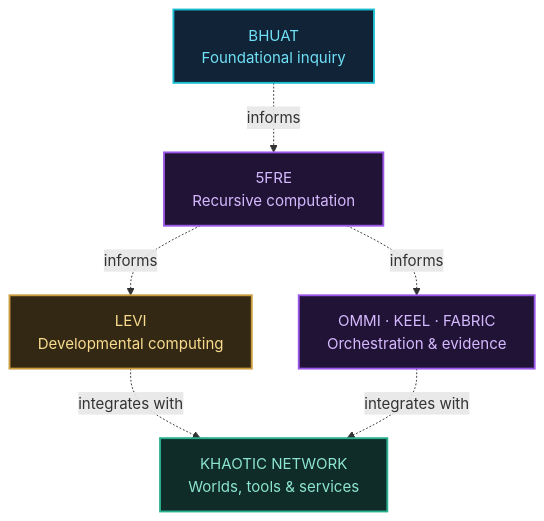
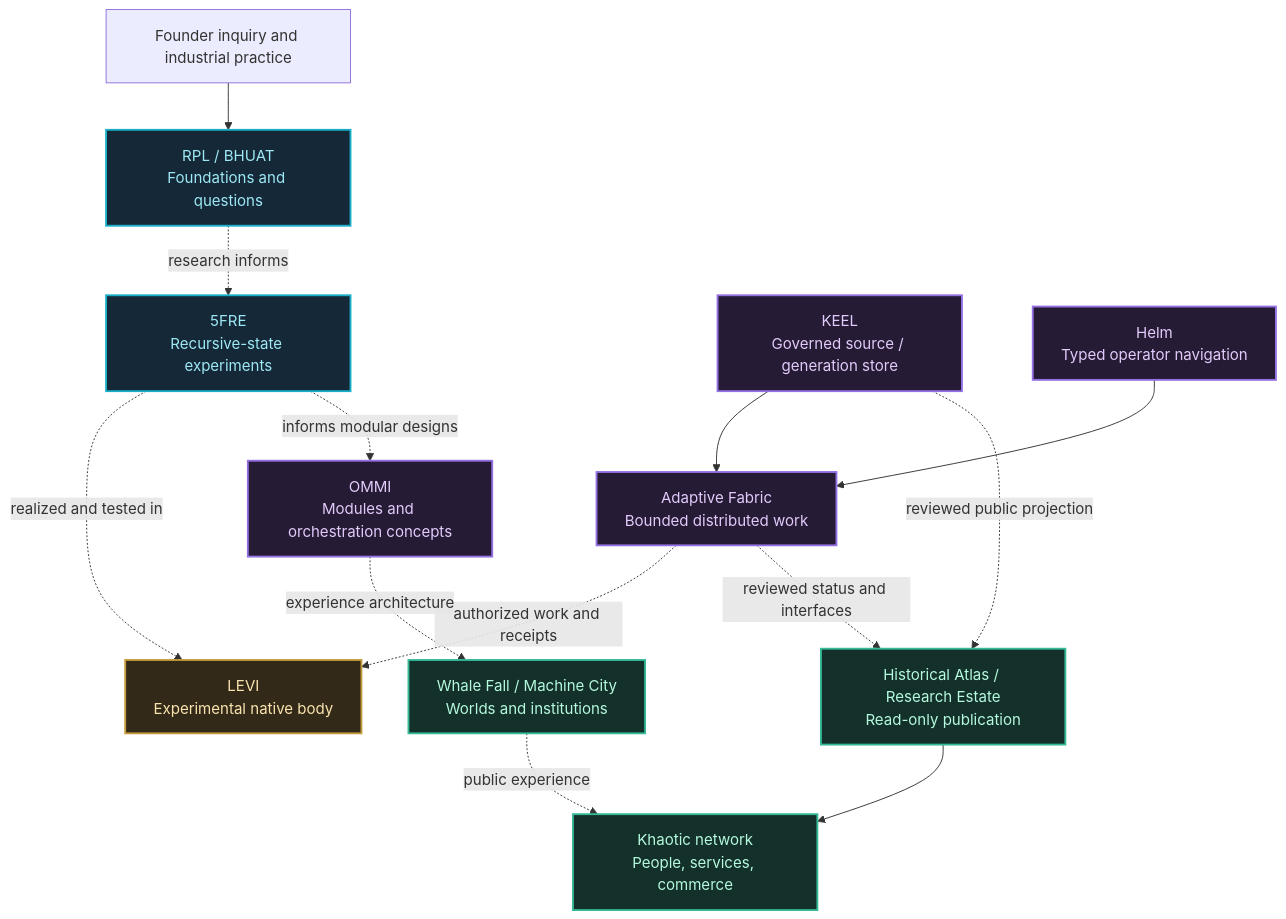
The diagram in README.md (K-haotic/K-haotic), drawn with Mermaid before and after one commit. The commit also changed other lines of this file and 4 other files, not shown here.

First line of the commit message:
feat(profile): build evidence-led Khaotic public research front door

```diff
--- a/README.md
+++ b/README.md
@@ -94,16 +43,23 @@
 ~~~mermaid
-flowchart TB
-  A["BHUAT<br/>Foundational inquiry"] -. informs .-> B["5FRE<br/>Recursive computation"]
-  B -. informs .-> C["LEVI<br/>Developmental computing"]
-  B -. informs .-> D["OMMI · KEEL · FABRIC<br/>Orchestration & evidence"]
-  C -. integrates with .-> E["KHAOTIC NETWORK<br/>Worlds, tools & services"]
-  D -. integrates with .-> E
-  classDef foundation fill:#102337,color:#70E0F6,stroke:#19BCD0,stroke-width:2px;
-  classDef engine fill:#211335,color:#D5B9FF,stroke:#9956E8,stroke-width:2px;
-  classDef body fill:#332814,color:#F9DC8E,stroke:#C99B3D,stroke-width:2px;
-  classDef network fill:#102C28,color:#8CE5CE,stroke:#2AAF8E,stroke-width:2px;
-  class A foundation;
-  class B,D engine;
-  class C body;
-  class E network;
+flowchart TD
+    F["Founder inquiry and industrial practice"] --> R["RPL / BHUAT<br/>Foundations and questions"]
+    R -. "research informs" .-> M["5FRE<br/>Recursive-state experiments"]
+    M -. "realized and tested in" .-> L["LEVI<br/>Experimental native body"]
+    M -. "informs modular designs" .-> O["OMMI<br/>Modules and orchestration concepts"]
+    K["KEEL<br/>Governed source / generation store"] --> A["Adaptive Fabric<br/>Bounded distributed work"]
+    H["Helm<br/>Typed operator navigation"] --> A
+    A -. "authorized work and receipts" .-> L
+    O -. "experience architecture" .-> W["Whale Fall / Machine City<br/>Worlds and institutions"]
+    K -. "reviewed public projection" .-> P["Historical Atlas / Research Estate<br/>Read-only publication"]
+    A -. "reviewed status and interfaces" .-> P
+    W -. "public experience" .-> E["Khaotic network<br/>People, services, commerce"]
+    P --> E
+    classDef theory fill:#142837,color:#9ee8f5,stroke:#19aec7,stroke-width:2px;
+    classDef system fill:#251b35,color:#e2cafa,stroke:#9470e3,stroke-width:2px;
+    classDef body fill:#332918,color:#f9e4ae,stroke:#c49a3a,stroke-width:2px;
+    classDef public fill:#14302a,color:#b4f9dd,stroke:#35b997,stroke-width:2px;
+    class R,M theory;
+    class K,A,H,O system;
+    class L body;
+    class W,P,E public;
 ~~~
```
